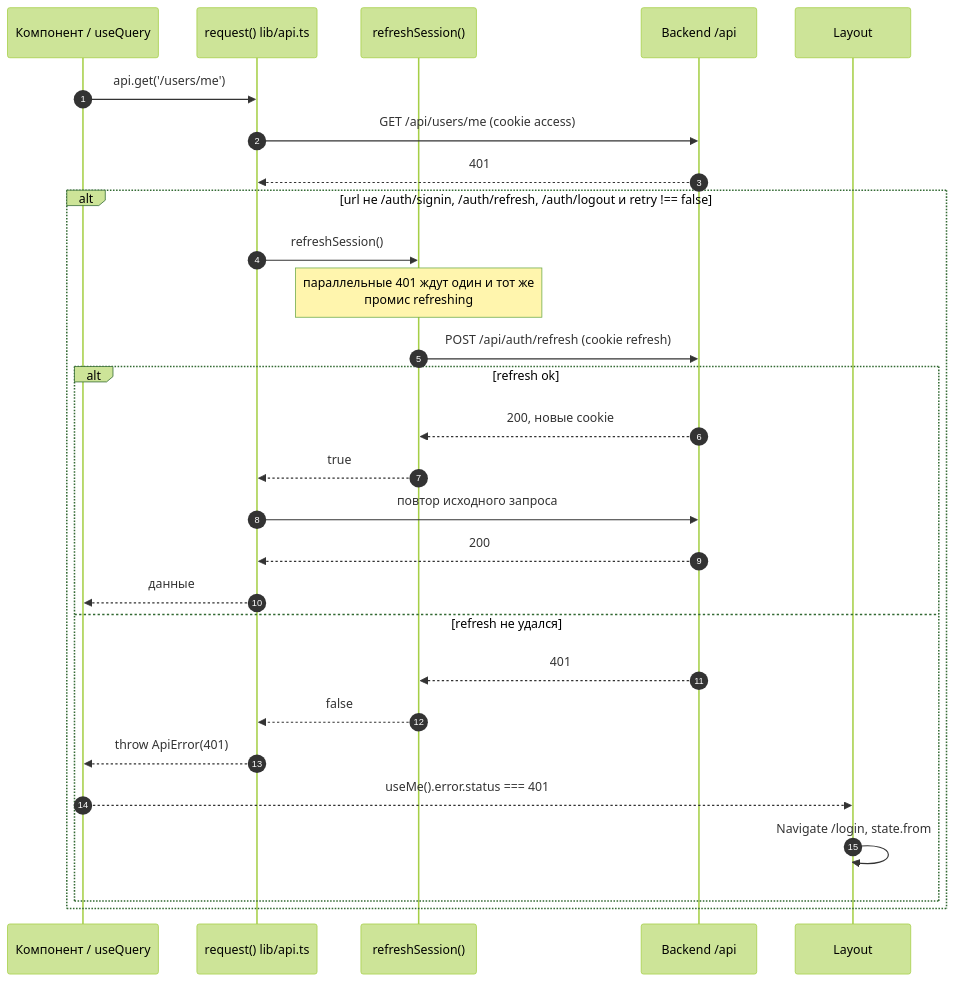
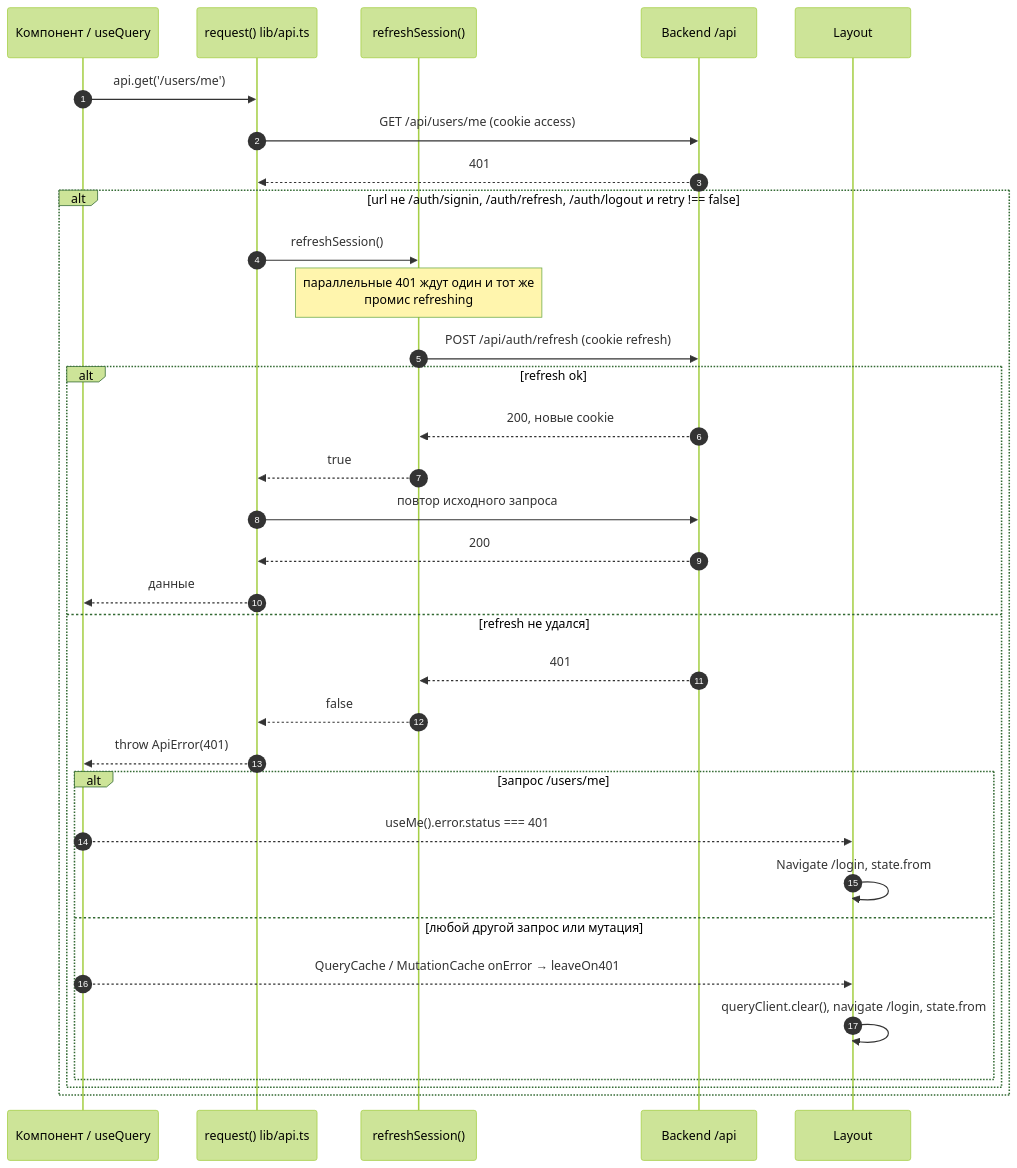
Before and after one commit to NikitkaZXC/tcloud-frontend: the sixth of 8 diagrams in docs/architecture.md, drawn with Mermaid (forest theme). The commit also changed other lines of this file and 4 other files, not shown here.

Commit message:
fix: leave to /login on any 401 after a failed refresh

````diff
--- a/docs/architecture.md
+++ b/docs/architecture.md
@@ -186,31 +186,36 @@
 ```mermaid
 sequenceDiagram
     autonumber
     participant C as Компонент / useQuery
     participant R as request() lib/api.ts
     participant F as refreshSession()
     participant B as Backend /api
     participant L as Layout
 
     C->>R: api.get('/users/me')
     R->>B: GET /api/users/me (cookie access)
     B-->>R: 401
     alt url не /auth/signin, /auth/refresh, /auth/logout и retry !== false
         R->>F: refreshSession()
         Note over F: параллельные 401 ждут один и тот же<br/>промис refreshing
         F->>B: POST /api/auth/refresh (cookie refresh)
         alt refresh ok
             B-->>F: 200, новые cookie
             F-->>R: true
             R->>B: повтор исходного запроса
             B-->>R: 200
             R-->>C: данные
         else refresh не удался
             B-->>F: 401
             F-->>R: false
             R-->>C: throw ApiError(401)
-            C-->>L: useMe().error.status === 401
-            L->>L: Navigate /login, state.from
+            alt запрос /users/me
+                C-->>L: useMe().error.status === 401
+                L->>L: Navigate /login, state.from
+            else любой другой запрос или мутация
+                C-->>L: QueryCache / MutationCache onError → leaveOn401
+                L->>L: queryClient.clear(), navigate /login, state.from
+            end
         end
     end
 ```
````
